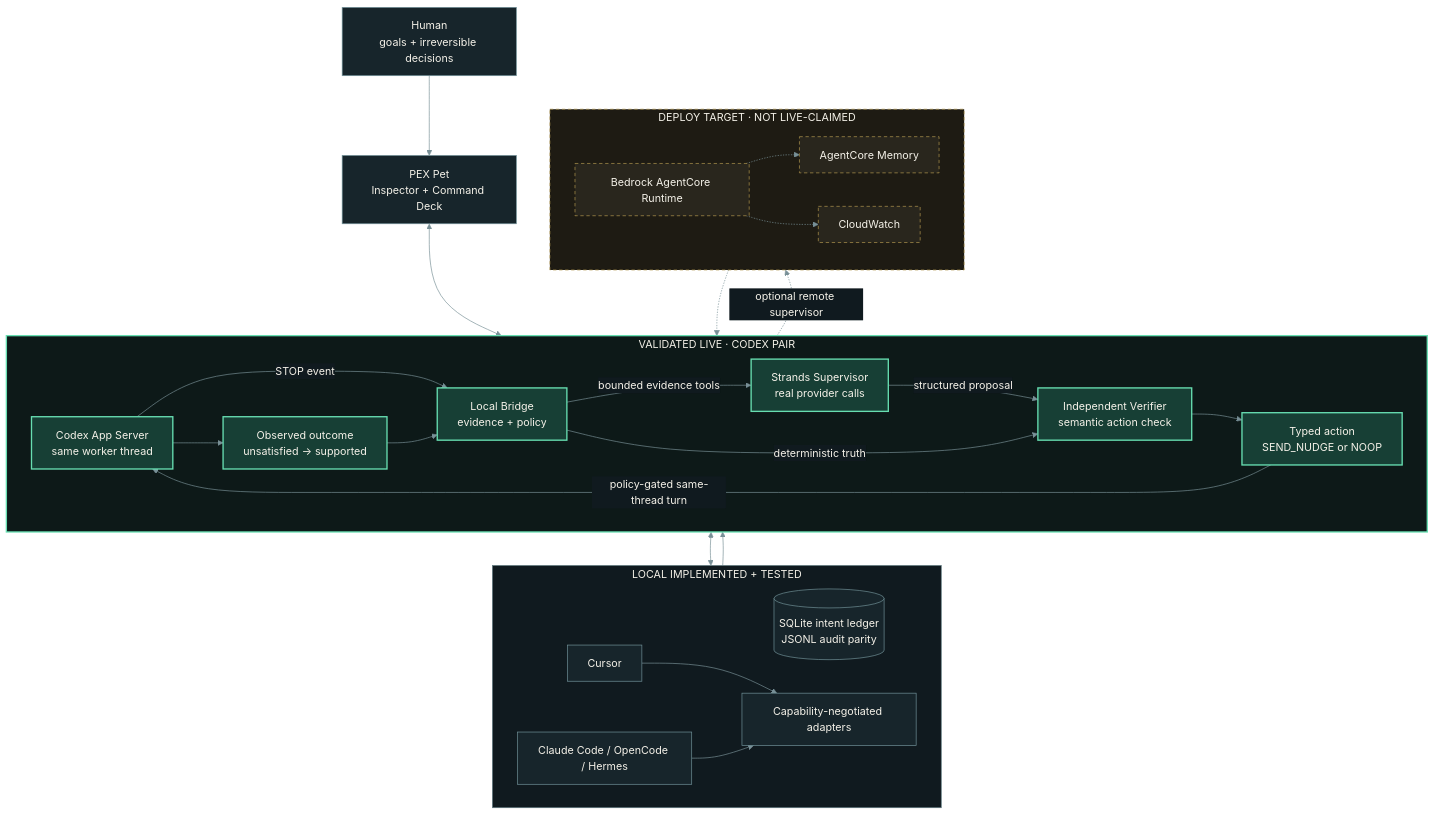
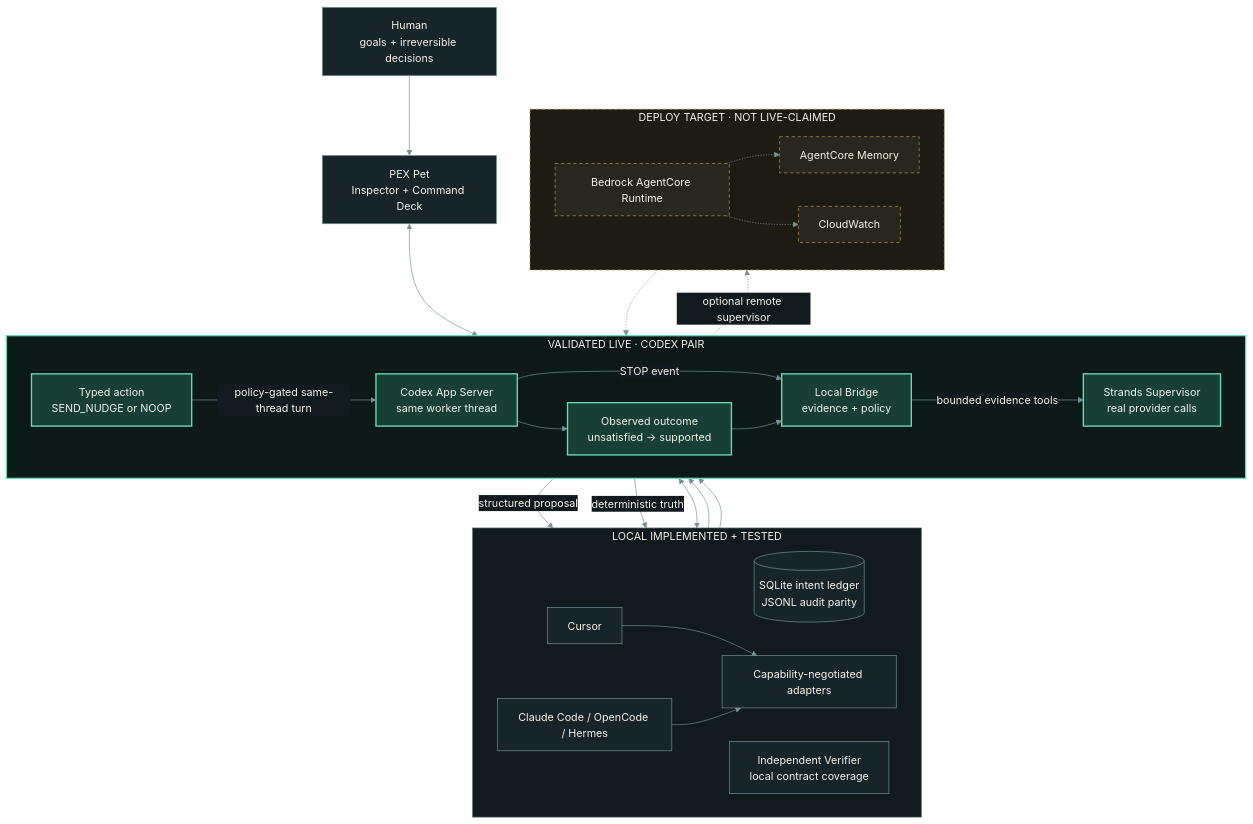
Before and after one commit to josepha-mayo/pex: the diagram in docs/architecture/pex-architecture.mmd, drawn with Mermaid. The commit also changed 7 other files, not shown here.

```diff
--- a/docs/architecture/pex-architecture.mmd
+++ b/docs/architecture/pex-architecture.mmd
@@ -1,58 +1,58 @@
 %%{init: {"theme":"base","themeVariables":{"background":"#081014","primaryTextColor":"#f4f1e8","lineColor":"#789097","clusterBkg":"#101a1f","clusterBorder":"#486067","edgeLabelBackground":"#101a1f"}}}%%
 flowchart TB
   human[Human<br/>goals + irreversible decisions]
   pet[PEX Pet<br/>Inspector + Command Deck]
+
+  subgraph local[LOCAL IMPLEMENTED + TESTED]
+    direction LR
+    store[(SQLite intent ledger<br/>JSONL audit parity)]
+    adapters[Capability-negotiated adapters]
+    verifier[Independent Verifier<br/>local contract coverage]
+    cursor[Cursor]
+    others[Claude Code / OpenCode / Hermes]
+    cursor --> adapters
+    others --> adapters
+  end
 
   subgraph live[VALIDATED LIVE · CODEX PAIR]
     direction LR
     codex[Codex App Server<br/>same worker thread]
     bridge[Local Bridge<br/>evidence + policy]
     strands[Strands Supervisor<br/>real provider calls]
-    verifier[Independent Verifier<br/>semantic action check]
     out[Typed action<br/>SEND_NUDGE or NOOP]
     result[Observed outcome<br/>unsatisfied → supported]
     codex -->|STOP event| bridge
     bridge -->|bounded evidence tools| strands
     strands -->|structured proposal| verifier
     bridge -->|deterministic truth| verifier
     verifier --> out
     out -->|policy-gated same-thread turn| codex
     codex --> result
     result --> bridge
-  end
-
-  subgraph local[LOCAL IMPLEMENTED + TESTED]
-    direction LR
-    store[(SQLite intent ledger<br/>JSONL audit parity)]
-    adapters[Capability-negotiated adapters]
-    cursor[Cursor]
-    others[Claude Code / OpenCode / Hermes]
-    cursor --> adapters
-    others --> adapters
-    adapters --> bridge
-    bridge <--> store
   end
 
   subgraph target[DEPLOY TARGET · NOT LIVE-CLAIMED]
     direction LR
     runtime[Bedrock AgentCore Runtime]
     memory[AgentCore Memory]
     cw[CloudWatch]
     runtime -.-> memory
     runtime -.-> cw
   end
 
   human --> pet
   pet <--> bridge
+  adapters --> bridge
+  bridge <--> store
   bridge -.->|optional remote supervisor| runtime
   runtime -.-> strands
 
   classDef validated fill:#173f35,stroke:#67deb1,color:#f4f1e8,stroke-width:2px;
   classDef implemented fill:#17252b,stroke:#72939a,color:#f4f1e8;
   classDef target fill:#29261d,stroke:#b49a50,color:#f4f1e8,stroke-dasharray:5 4;
-  class codex,bridge,strands,verifier,out,result validated;
-  class human,pet,store,adapters,cursor,others implemented;
+  class codex,bridge,strands,out,result validated;
+  class human,pet,store,adapters,cursor,others,verifier implemented;
   class runtime,memory,cw target;
   style live fill:#0d1918,stroke:#67deb1,color:#f4f1e8,stroke-width:2px
   style local fill:#101a1f,stroke:#617b82,color:#f4f1e8
   style target fill:#1e1b13,stroke:#b49a50,color:#f4f1e8,stroke-dasharray:5 4
```
